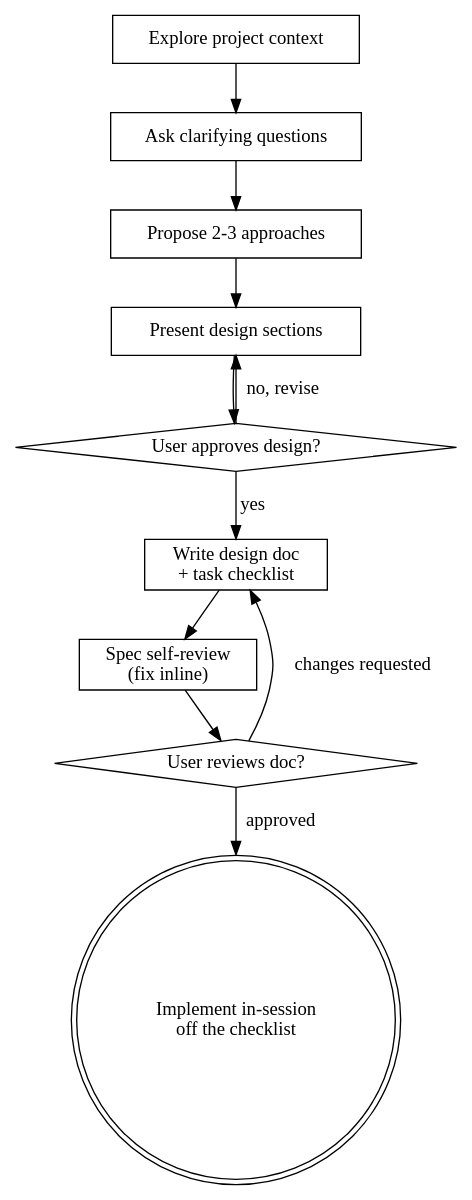
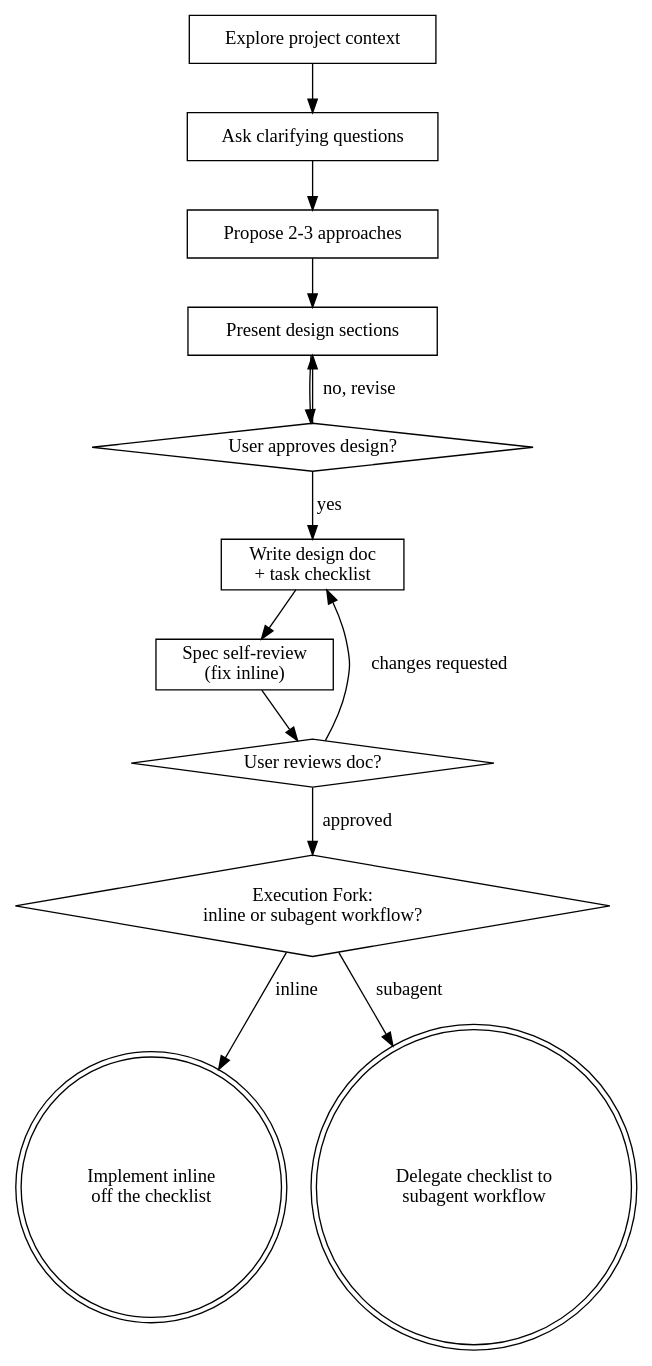
One commit to geofffranks/superpowers changed the diagram in skills/brainstorming/SKILL.md. Above: the diagram before and after it, drawn with Graphviz. The commit also changed other lines of this file and 1 other file, not shown here.

First line of the commit message:
Fix brainstorming execution handoff

````diff
--- a/skills/brainstorming/SKILL.md
+++ b/skills/brainstorming/SKILL.md
@@ -49,24 +50,28 @@
 ```dot
 digraph brainstorming {
     "Explore project context" [shape=box];
     "Ask clarifying questions" [shape=box];
     "Propose 2-3 approaches" [shape=box];
     "Present design sections" [shape=box];
     "User approves design?" [shape=diamond];
     "Write design doc\n+ task checklist" [shape=box];
     "Spec self-review\n(fix inline)" [shape=box];
     "User reviews doc?" [shape=diamond];
-    "Implement in-session\noff the checklist" [shape=doublecircle];
+    "Execution Fork:\ninline or subagent workflow?" [shape=diamond];
+    "Implement inline\noff the checklist" [shape=doublecircle];
+    "Delegate checklist to\nsubagent workflow" [shape=doublecircle];
 
     "Explore project context" -> "Ask clarifying questions";
     "Ask clarifying questions" -> "Propose 2-3 approaches";
     "Propose 2-3 approaches" -> "Present design sections";
     "Present design sections" -> "User approves design?";
     "User approves design?" -> "Present design sections" [label="no, revise"];
     "User approves design?" -> "Write design doc\n+ task checklist" [label="yes"];
     "Write design doc\n+ task checklist" -> "Spec self-review\n(fix inline)";
     "Spec self-review\n(fix inline)" -> "User reviews doc?";
     "User reviews doc?" -> "Write design doc\n+ task checklist" [label="changes requested"];
-    "User reviews doc?" -> "Implement in-session\noff the checklist" [label="approved"];
+    "User reviews doc?" -> "Execution Fork:\ninline or subagent workflow?" [label="approved"];
+    "Execution Fork:\ninline or subagent workflow?" -> "Implement inline\noff the checklist" [label="inline"];
+    "Execution Fork:\ninline or subagent workflow?" -> "Delegate checklist to\nsubagent workflow" [label="subagent"];
 }
 ```
````
